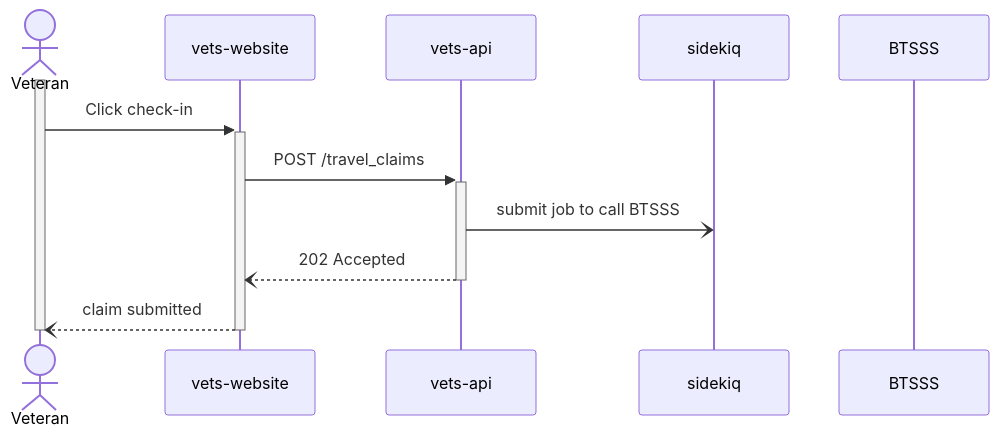
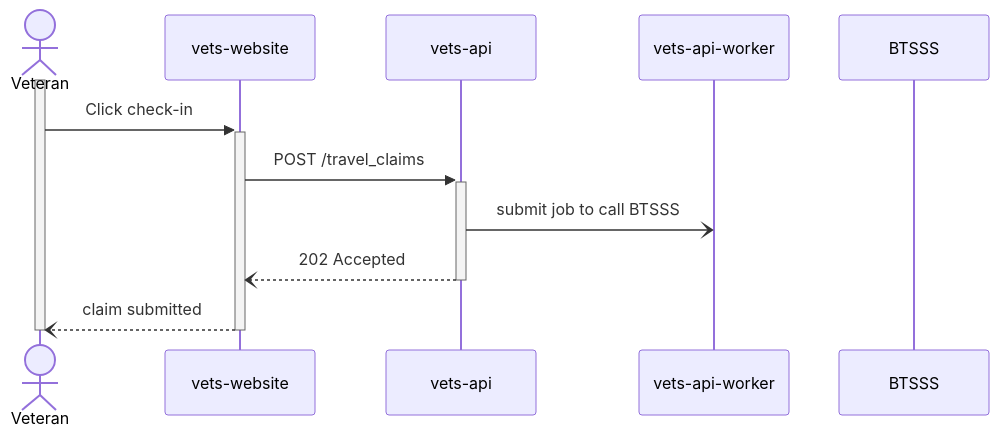
The sixth of 6 diagrams in products/health-care/checkin/engineering/architecture-diagrams/sequenceDiagram_checkInExp.md (department-of-veterans-affairs/va.gov-team), drawn with Mermaid before and after one commit. The commit also changed other lines of this file, not shown here.

````diff
--- a/products/health-care/checkin/engineering/architecture-diagrams/sequenceDiagram_checkInExp.md
+++ b/products/health-care/checkin/engineering/architecture-diagrams/sequenceDiagram_checkInExp.md
@@ -398,16 +398,16 @@
 ```mermaid
 sequenceDiagram
     actor vet as Veteran
     participant web as vets-website
     participant api as vets-api
-    participant sidekiq as sidekiq
+    participant vaw as vets-api-worker
     participant btsss as BTSSS
 
     activate vet
     vet->>+web: Click check-in
     web->>+api: POST /travel_claims
-    api-)sidekiq: submit job to call BTSSS
+    api-)vaw: submit job to call BTSSS
     api--)-web: 202 Accepted
     web--)-vet: claim submitted
     deactivate vet
 ```
````
